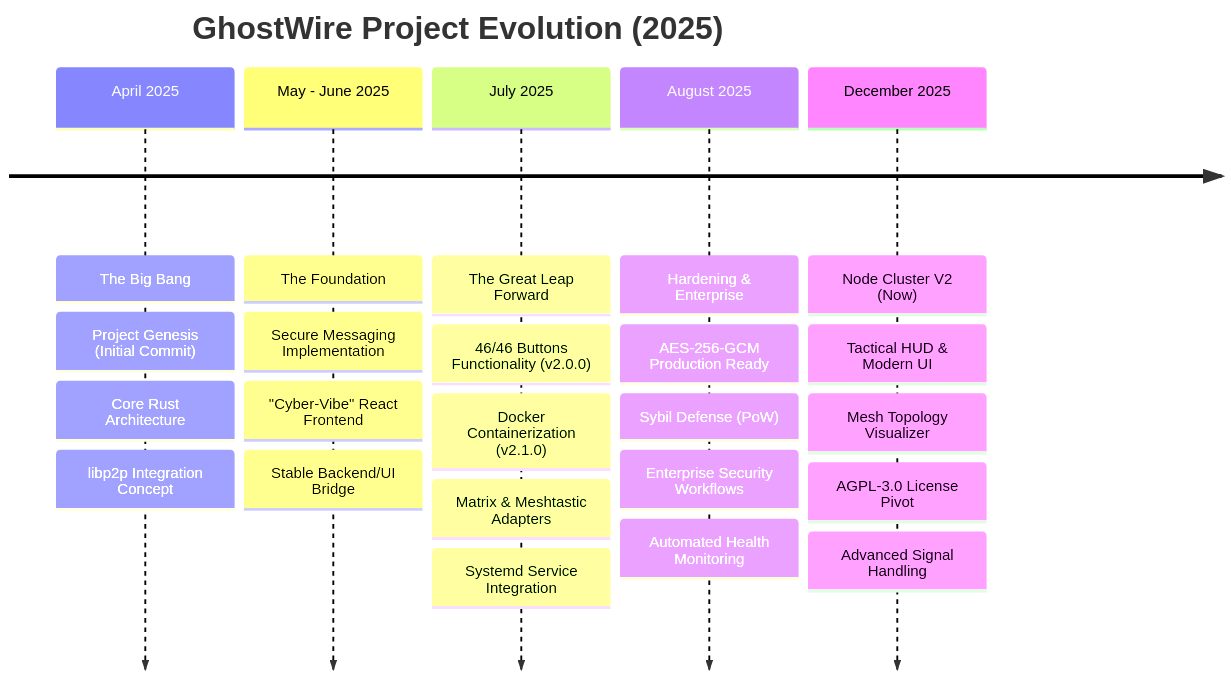
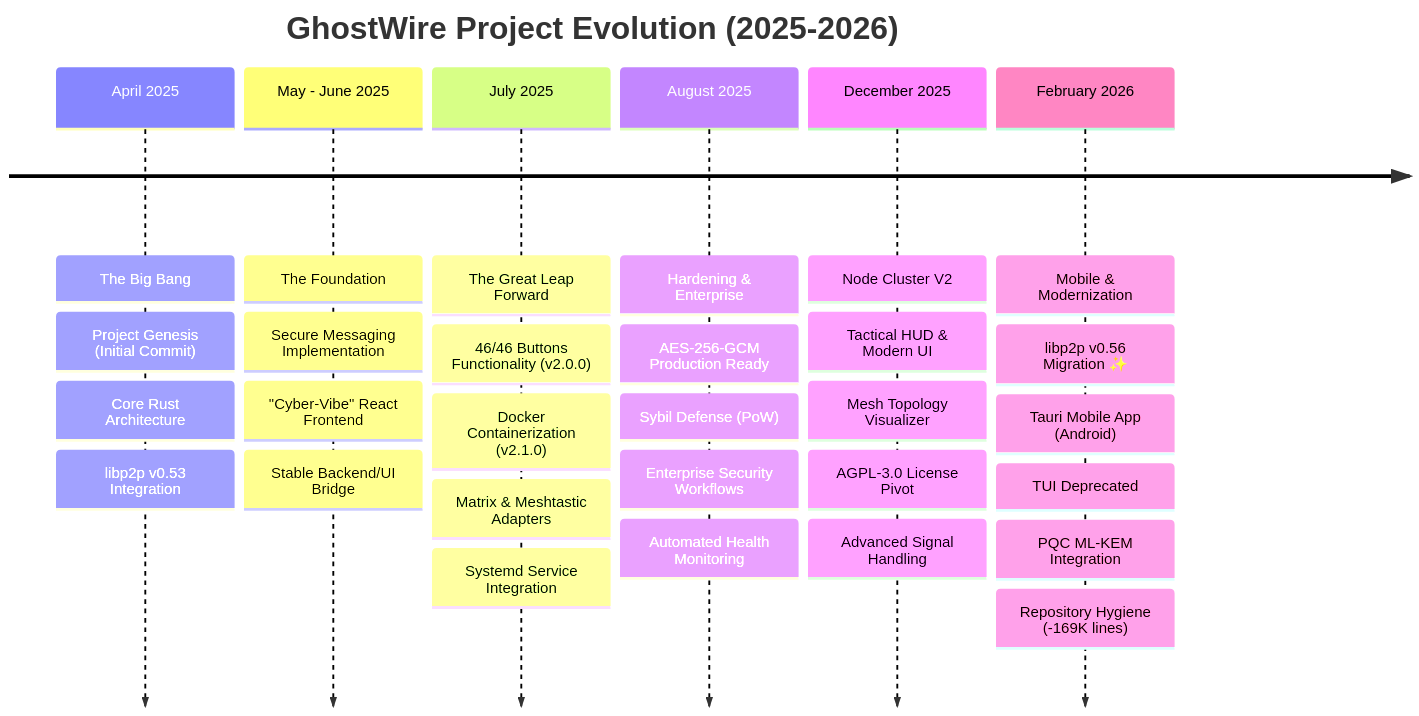
The diagram in ghostwire/notebookllm/GhostWire_Evolution_Diagram.md (Phantomojo/GhostWire-secure-mesh-communication), drawn with Mermaid before and after one commit. The commit also changed other lines of this file and 190 other files, not shown here.

````diff
--- a/ghostwire/notebookllm/GhostWire_Evolution_Diagram.md
+++ b/ghostwire/notebookllm/GhostWire_Evolution_Diagram.md
@@ -7,32 +7,39 @@
 ```mermaid
 timeline
-    title GhostWire Project Evolution (2025)
-    
+    title GhostWire Project Evolution (2025-2026)
+
     April 2025 : The Big Bang
                : Project Genesis (Initial Commit)
                : Core Rust Architecture
-               : libp2p Integration Concept
-               
+               : libp2p v0.53 Integration
+
     May - June 2025 : The Foundation
                     : Secure Messaging Implementation
                     : "Cyber-Vibe" React Frontend
                     : Stable Backend/UI Bridge
-                    
+
     July 2025 : The Great Leap Forward
               : 46/46 Buttons Functionality (v2.0.0)
               : Docker Containerization (v2.1.0)
               : Matrix & Meshtastic Adapters
               : Systemd Service Integration
-              
+
     August 2025 : Hardening & Enterprise
                 : AES-256-GCM Production Ready
                 : Sybil Defense (PoW)
                 : Enterprise Security Workflows
                 : Automated Health Monitoring
-                
-    December 2025 : Node Cluster V2 (Now)
+
+    December 2025 : Node Cluster V2
                   : Tactical HUD & Modern UI
                   : Mesh Topology Visualizer
                   : AGPL-3.0 License Pivot
                   : Advanced Signal Handling
+
+    February 2026 : Mobile & Modernization
+                  : libp2p v0.56 Migration ✨
+                  : Tauri Mobile App (Android)
+                  : TUI Deprecated
+                  : PQC ML-KEM Integration
+                  : Repository Hygiene (-169K lines)
 ```
````
